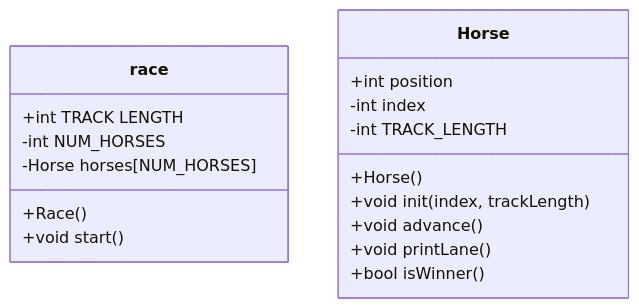
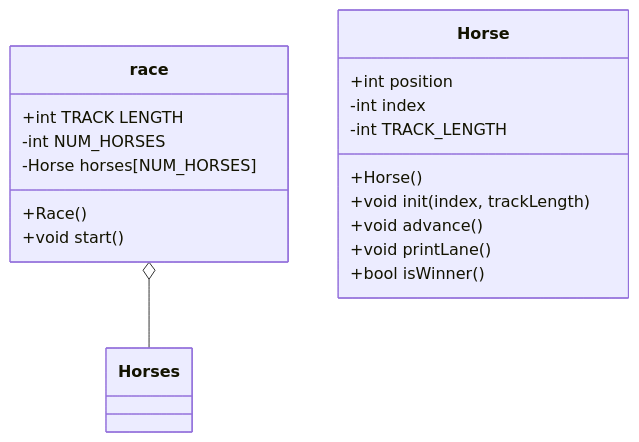
Before and after one commit to nicholascoooper/OOP-horse-race: the diagram in README.md, drawn with Mermaid.

````diff
--- a/README.md
+++ b/README.md
@@ -1,23 +1,23 @@
 ```mermaid
 classDiagram
 
     class race{
         +int TRACK LENGTH
         -int NUM_HORSES
         -Horse horses[NUM_HORSES]
         +Race()
         +void start()
         }
 
     class Horse{
         +int position
         -int index
         -int TRACK_LENGTH
         +Horse()
         +void init(index, trackLength)
         +void advance()
         +void printLane()
         +bool isWinner()
     }
-
+    race o-- Horses
 ```
````
